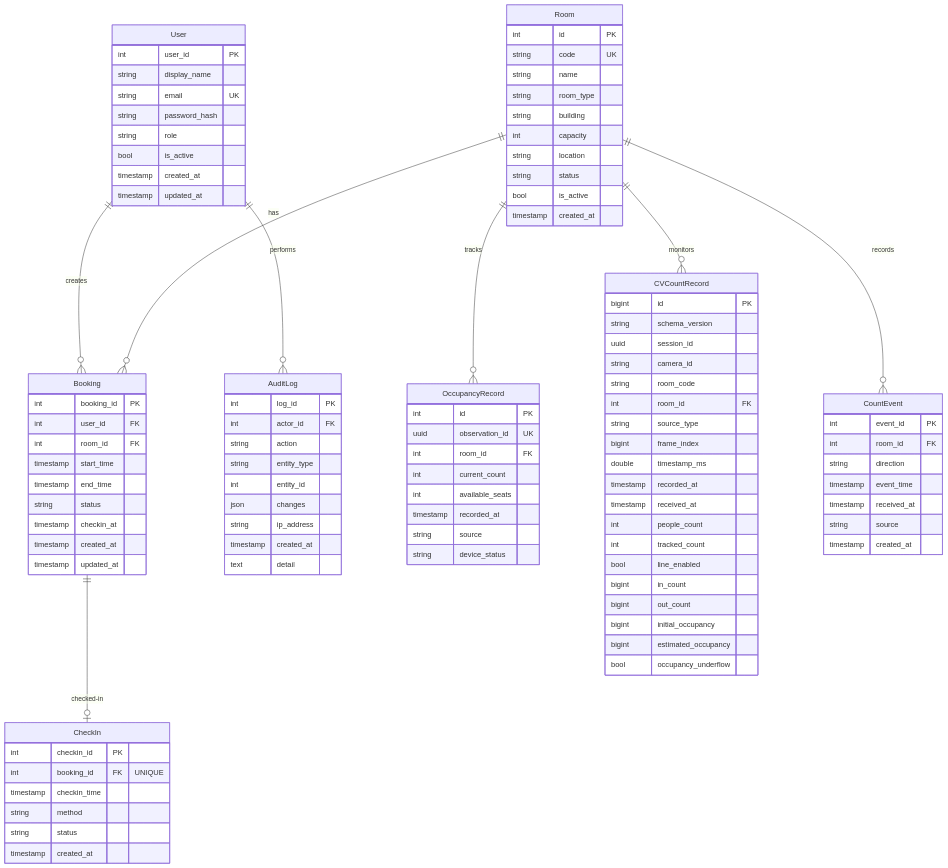
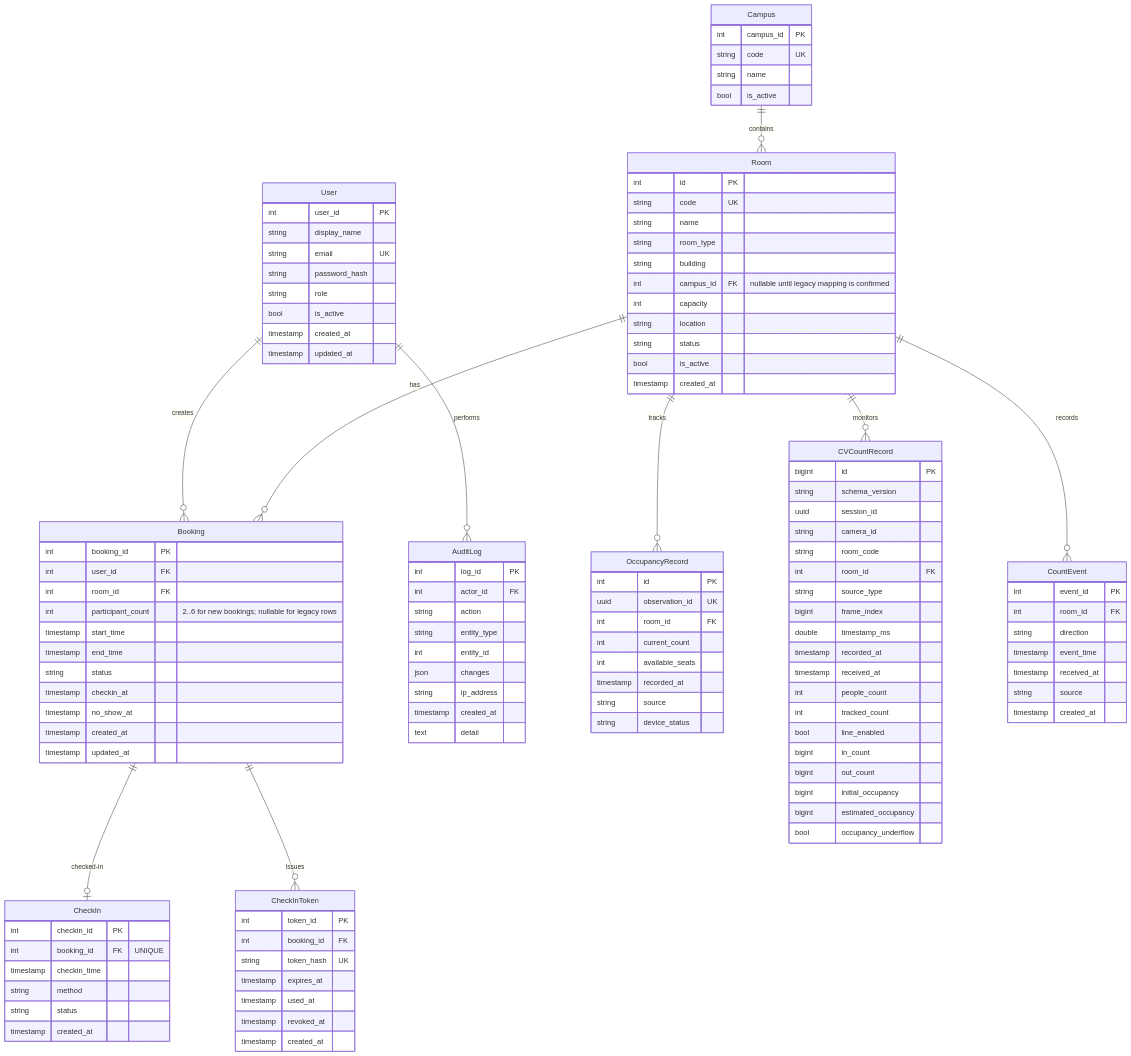
The diagram in docs/architecture/database-design.md (uth-seatsense/UTH-SeatSense), drawn with Mermaid before and after one commit. The commit also changed other lines of this file and 9 other files, not shown here.

Commit message:
SEAT-40: align API contract with SRS and schema

```diff
--- a/docs/architecture/database-design.md
+++ b/docs/architecture/database-design.md
@@ -19,11 +19,13 @@
 erDiagram
     User ||--o{ Booking : creates
     User ||--o{ AuditLog : performs
+    Campus ||--o{ Room : contains
     Room ||--o{ Booking : has
     Room ||--o{ OccupancyRecord : tracks
     Room ||--o{ CVCountRecord : monitors
     Room ||--o{ CountEvent : records
     Booking ||--o| CheckIn : "checked-in"
+    Booking ||--o{ CheckInToken : issues
 
     User {
         int user_id PK
@@ -36,12 +38,20 @@
         timestamp updated_at
     }
 
+    Campus {
+        int campus_id PK
+        string code UK
+        string name
+        bool is_active
+    }
+
     Room {
         int id PK
         string code UK
         string name
         string room_type
         string building
+        int campus_id FK "nullable until legacy mapping is confirmed"
         int capacity
         string location
         string status
@@ -53,12 +63,24 @@
         int booking_id PK
         int user_id FK
         int room_id FK
+        int participant_count "2..6 for new bookings; nullable for legacy rows"
         timestamp start_time
         timestamp end_time
         string status
         timestamp checkin_at
+        timestamp no_show_at
         timestamp created_at
         timestamp updated_at
+    }
+
+    CheckInToken {
+        int token_id PK
+        int booking_id FK
+        string token_hash UK
+        timestamp expires_at
+        timestamp used_at
+        timestamp revoked_at
+        timestamp created_at
     }
 
     CheckIn {
```
